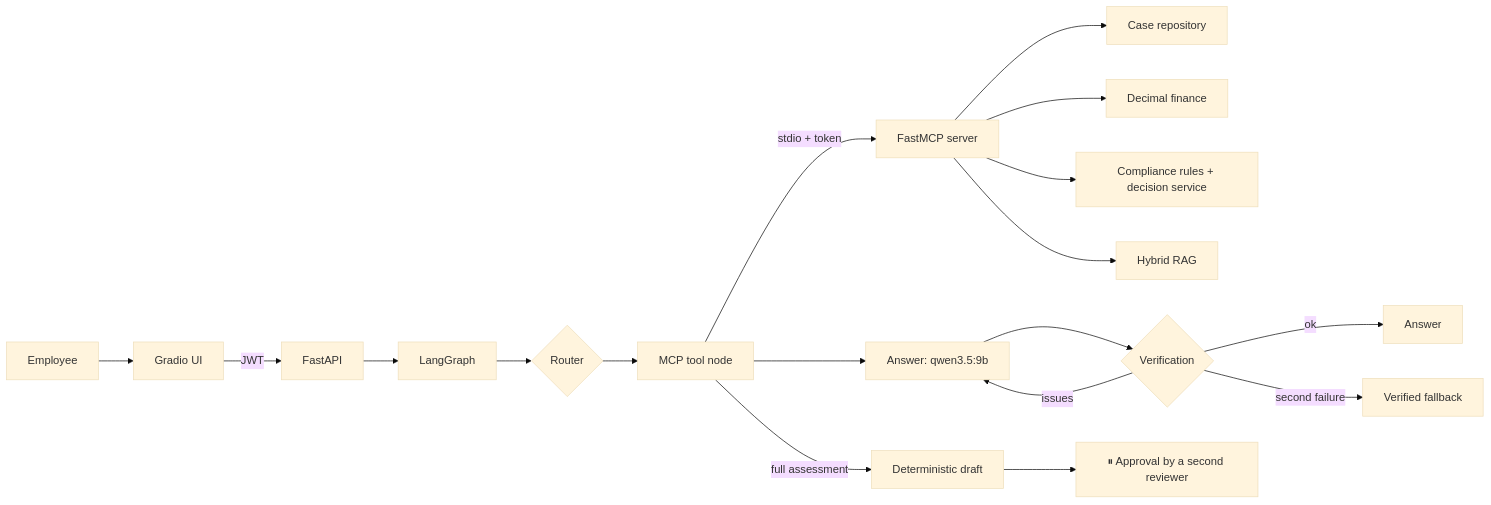
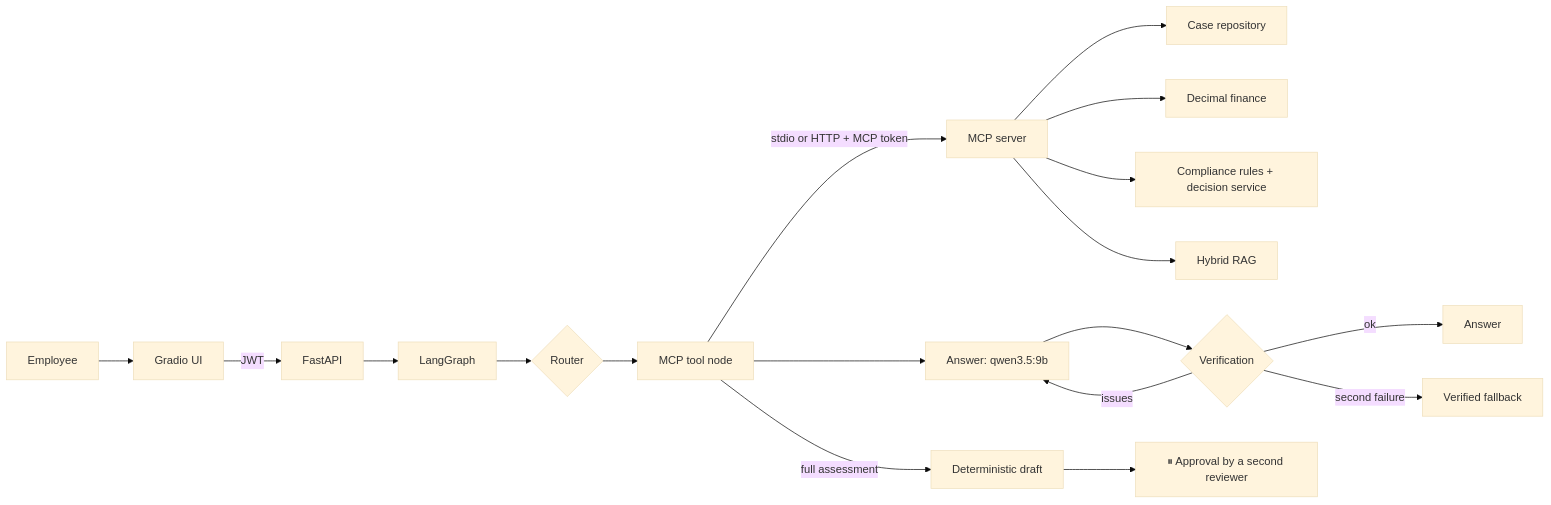
Before and after one commit to Maik-Huebner/secure-enterprise-ai-assistant: the diagram in README.md, drawn with Mermaid (base theme). The commit also changed other lines of this file and 4 other files, not shown here.

First line of the commit message:
docs: MCP transports and token model, learning note for package 5

````diff
--- a/README.md
+++ b/README.md
@@ -47,20 +48,20 @@
 ```mermaid
 flowchart LR
     U[Employee] --> UI[Gradio UI]
     UI -->|JWT| API[FastAPI]
     API --> G[LangGraph]
     G --> R{Router}
     R --> T[MCP tool node]
-    T -->|stdio + token| M[FastMCP server]
+    T -->|stdio or HTTP + MCP token| M[MCP server]
     M --> C[Case repository]
     M --> N[Decimal finance]
     M --> P[Compliance rules + decision service]
     M --> H[Hybrid RAG]
     T --> A[Answer: qwen3.5:9b]
     A --> V{Verification}
     V -->|ok| OUT[Answer]
     V -->|issues| A
     V -->|second failure| FB[Verified fallback]
     T -->|full assessment| D[Deterministic draft]
     D --> HR[⏸ Approval by a second reviewer]
 ```
````
